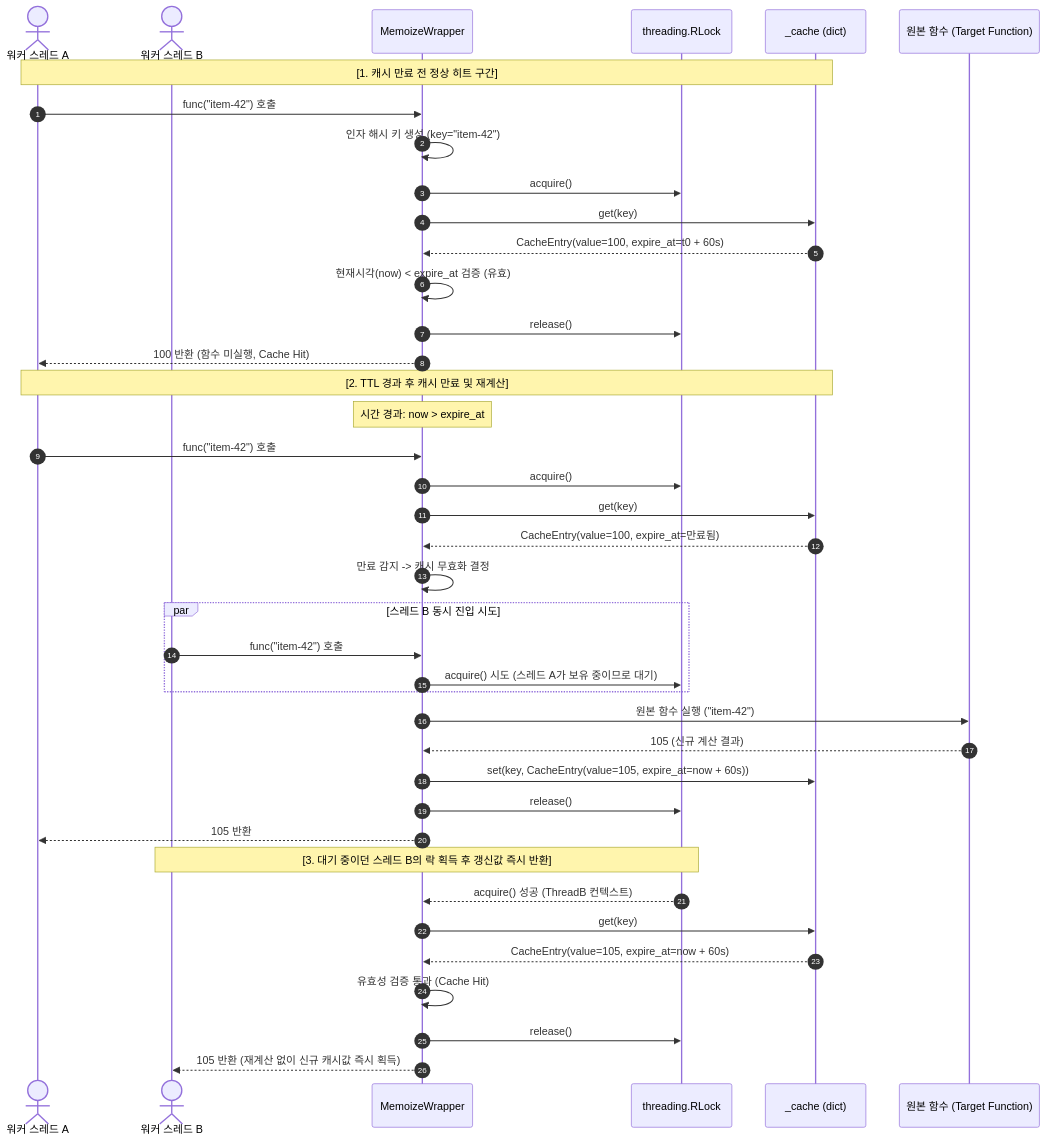
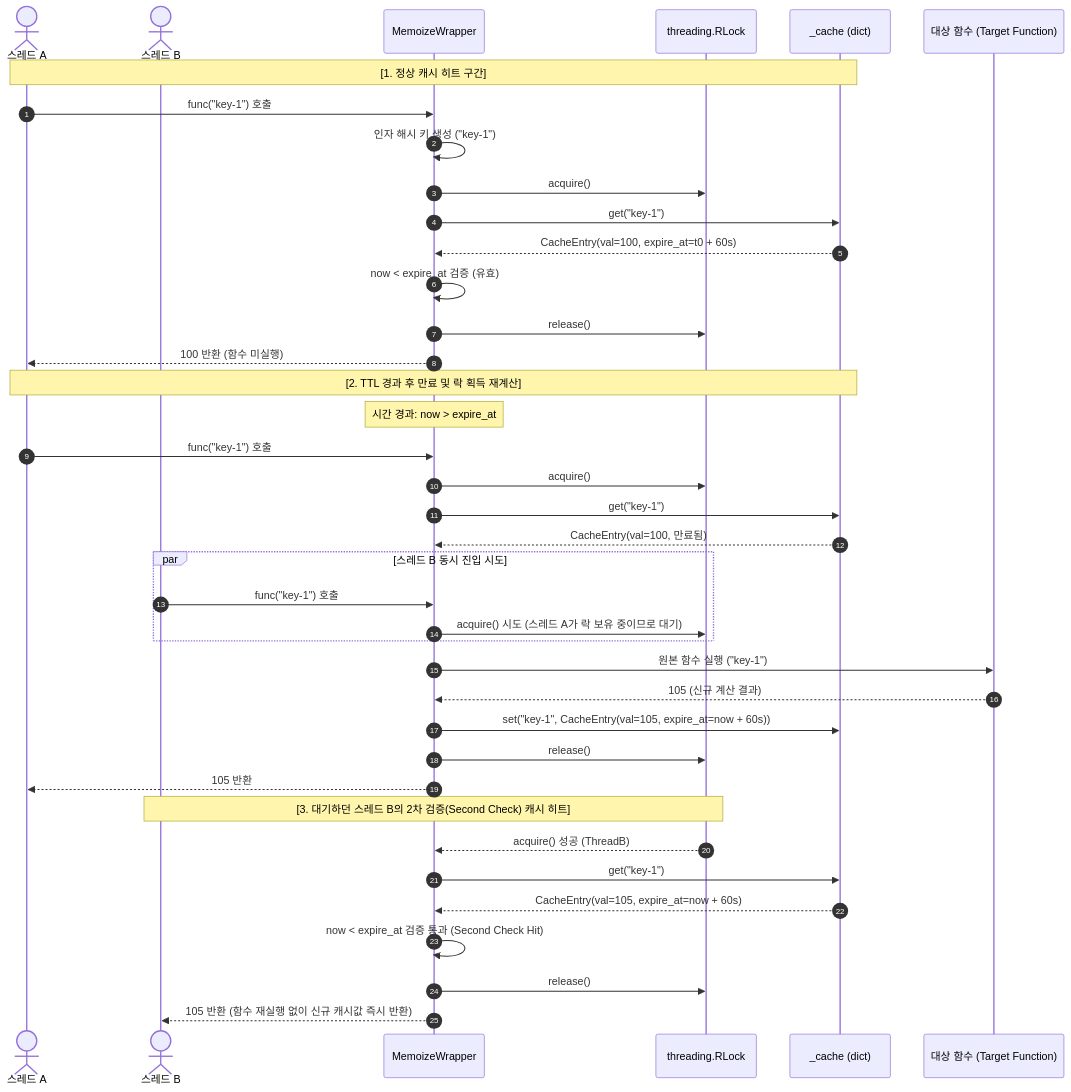
The third of 5 diagrams in docs/quiver/system-designer/01_SYSTEM_DESIGN.md (ozplayground/python-package), drawn with Mermaid before and after one commit. The commit also changed other lines of this file and 53 other files, not shown here.

````diff
--- a/docs/quiver/system-designer/01_SYSTEM_DESIGN.md
+++ b/docs/quiver/system-designer/01_SYSTEM_DESIGN.md
@@ -354,47 +314,46 @@
 ```mermaid
 sequenceDiagram
     autonumber
-    actor ThreadA as 워커 스레드 A
-    actor ThreadB as 워커 스레드 B
+    actor ThreadA as 스레드 A
+    actor ThreadB as 스레드 B
     participant Wrapper as MemoizeWrapper
     participant Lock as threading.RLock
     participant Cache as _cache (dict)
-    participant Func as 원본 함수 (Target Function)
+    participant Func as 대상 함수 (Target Function)
 
-    Note over ThreadA, Cache: [1. 캐시 만료 전 정상 히트 구간]
-    ThreadA->>Wrapper: func("item-42") 호출
-    Wrapper->>Wrapper: 인자 해시 키 생성 (key="item-42")
+    Note over ThreadA, Cache: [1. 정상 캐시 히트 구간]
+    ThreadA->>Wrapper: func("key-1") 호출
+    Wrapper->>Wrapper: 인자 해시 키 생성 ("key-1")
     Wrapper->>Lock: acquire()
-    Wrapper->>Cache: get(key)
-    Cache-->>Wrapper: CacheEntry(value=100, expire_at=t0 + 60s)
-    Wrapper->>Wrapper: 현재시각(now) < expire_at 검증 (유효)
+    Wrapper->>Cache: get("key-1")
+    Cache-->>Wrapper: CacheEntry(val=100, expire_at=t0 + 60s)
+    Wrapper->>Wrapper: now < expire_at 검증 (유효)
     Wrapper->>Lock: release()
-    Wrapper-->>ThreadA: 100 반환 (함수 미실행, Cache Hit)
+    Wrapper-->>ThreadA: 100 반환 (함수 미실행)
 
-    Note over ThreadA, Cache: [2. TTL 경과 후 캐시 만료 및 재계산]
+    Note over ThreadA, Cache: [2. TTL 경과 후 만료 및 락 획득 재계산]
     Note over Wrapper: 시간 경과: now > expire_at
-    ThreadA->>Wrapper: func("item-42") 호출
+    ThreadA->>Wrapper: func("key-1") 호출
     Wrapper->>Lock: acquire()
-    Wrapper->>Cache: get(key)
-    Cache-->>Wrapper: CacheEntry(value=100, expire_at=만료됨)
-    Wrapper->>Wrapper: 만료 감지 -> 캐시 무효화 결정
+    Wrapper->>Cache: get("key-1")
+    Cache-->>Wrapper: CacheEntry(val=100, 만료됨)
 
     par 스레드 B 동시 진입 시도
-        ThreadB->>Wrapper: func("item-42") 호출
-        Wrapper->>Lock: acquire() 시도 (스레드 A가 보유 중이므로 대기)
+        ThreadB->>Wrapper: func("key-1") 호출
+        Wrapper->>Lock: acquire() 시도 (스레드 A가 락 보유 중이므로 대기)
     end
 
-    Wrapper->>Func: 원본 함수 실행 ("item-42")
+    Wrapper->>Func: 원본 함수 실행 ("key-1")
     Func-->>Wrapper: 105 (신규 계산 결과)
-    Wrapper->>Cache: set(key, CacheEntry(value=105, expire_at=now + 60s))
+    Wrapper->>Cache: set("key-1", CacheEntry(val=105, expire_at=now + 60s))
     Wrapper->>Lock: release()
     Wrapper-->>ThreadA: 105 반환
 
-    Note over ThreadB, Lock: [3. 대기 중이던 스레드 B의 락 획득 후 갱신값 즉시 반환]
-    Lock-->>Wrapper: acquire() 성공 (ThreadB 컨텍스트)
-    Wrapper->>Cache: get(key)
-    Cache-->>Wrapper: CacheEntry(value=105, expire_at=now + 60s)
-    Wrapper->>Wrapper: 유효성 검증 통과 (Cache Hit)
+    Note over ThreadB, Lock: [3. 대기하던 스레드 B의 2차 검증(Second Check) 캐시 히트]
+    Lock-->>Wrapper: acquire() 성공 (ThreadB)
+    Wrapper->>Cache: get("key-1")
+    Cache-->>Wrapper: CacheEntry(val=105, expire_at=now + 60s)
+    Wrapper->>Wrapper: now < expire_at 검증 통과 (Second Check Hit)
     Wrapper->>Lock: release()
-    Wrapper-->>ThreadB: 105 반환 (재계산 없이 신규 캐시값 즉시 획득)
+    Wrapper-->>ThreadB: 105 반환 (함수 재실행 없이 신규 캐시값 즉시 반환)
 ```
````
